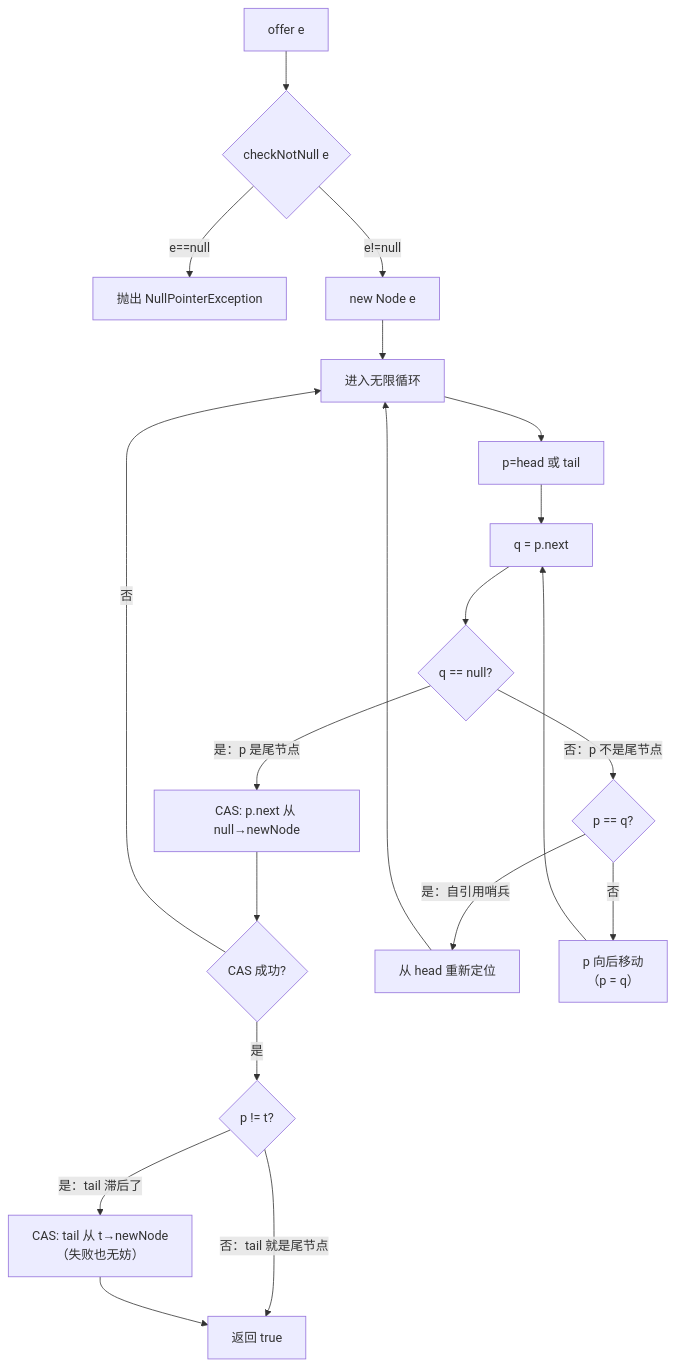
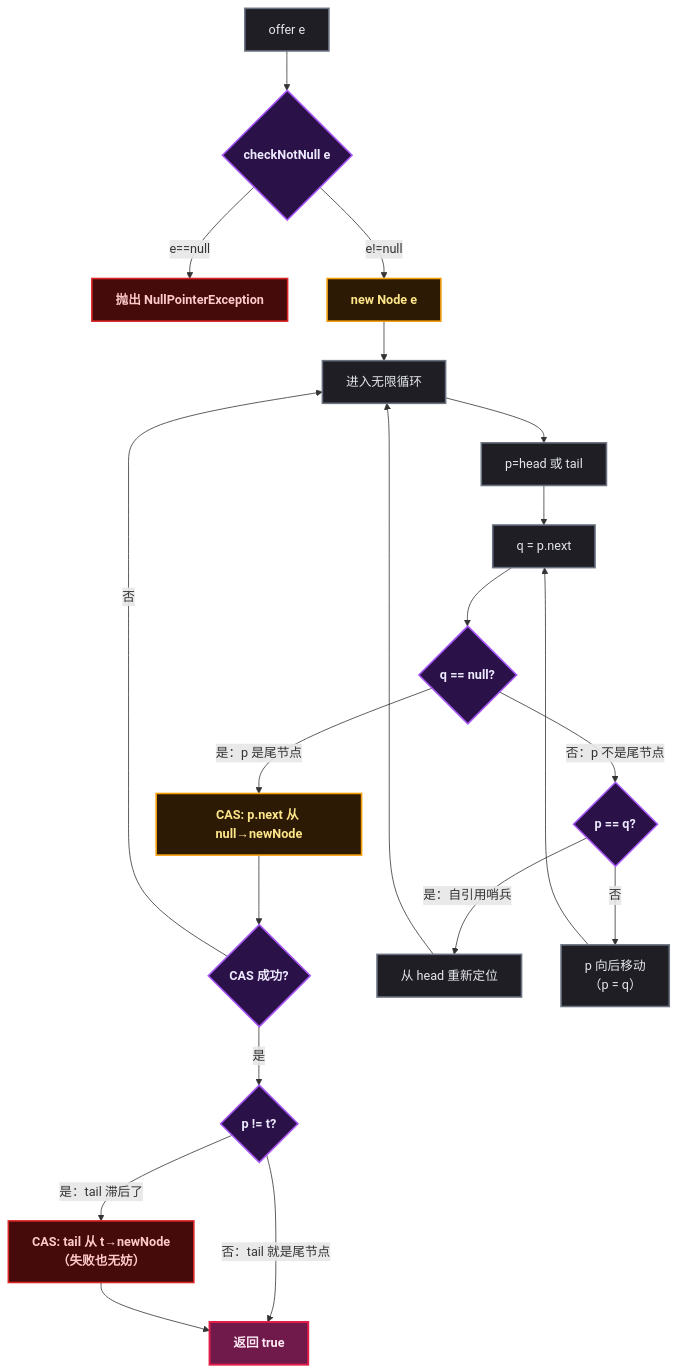
One commit to yaocat55/yaocat55.github.io changed the second of 9 diagrams in content/posts/concurrency/ConcurrentLinkedQueue.md. Above: the diagram before and after it, drawn with Mermaid. The commit also changed other lines of this file and 155 other files, not shown here.

````diff
--- a/content/posts/concurrency/ConcurrentLinkedQueue.md
+++ b/content/posts/concurrency/ConcurrentLinkedQueue.md
@@ -151,22 +157,34 @@
 ```mermaid
 flowchart TD
+%% 半暗底色 + 高亮描边：完美适配博客深色/浅色双主题 %%
+classDef process fill:#1e1e24,stroke:#6b7280,stroke-width:2px,color:#e5e7eb;
+classDef condition fill:#2a1147,stroke:#a855f7,stroke-width:2px,color:#ede9fe,font-weight:bold;
+classDef reject fill:#450a0a,stroke:#dc2626,stroke-width:2px,color:#fecaca,font-weight:bold;
+classDef branch fill:#2d1a05,stroke:#f59e0b,stroke-width:2px,color:#fde68a,font-weight:bold;
+classDef startEnd fill:#701a4c,stroke:#e11d48,stroke-width:2.5px,color:#fce7f3,font-weight:bold;
     A[offer e] --> B{checkNotNull e}
     B -->|e==null| C[抛出 NullPointerException]
     B -->|e!=null| D[new Node e]
     D --> E[进入无限循环]
     E --> F[p=head 或 tail]
     F --> G[q = p.next]
     G --> H{q == null?}
     H -->|是：p 是尾节点| I["CAS: p.next 从 null→newNode"]
     I --> J{CAS 成功?}
     J -->|否| E
     J -->|是| K{p != t?}
-    K -->|是：tail 滞后了| L["CAS: tail 从 t→newNode<br/>（失败也无妨）"]
+    K -->|是：tail 滞后了| L["CAS: tail 从 t→newNode\n（失败也无妨）"]
     K -->|否：tail 就是尾节点| M[返回 true]
     L --> M
     H -->|否：p 不是尾节点| N{p == q?}
     N -->|是：自引用哨兵| O[从 head 重新定位]
-    N -->|否| P["p 向后移动<br/>（p = q）"]
+    N -->|否| P["p 向后移动\n（p = q）"]
     O --> E
     P --> G
+
+class D,I branch;
+class B,H,J,K,N condition;
+class A,E,F,G,O,P process;
+class C,L reject;
+class M startEnd;
 ```
````
